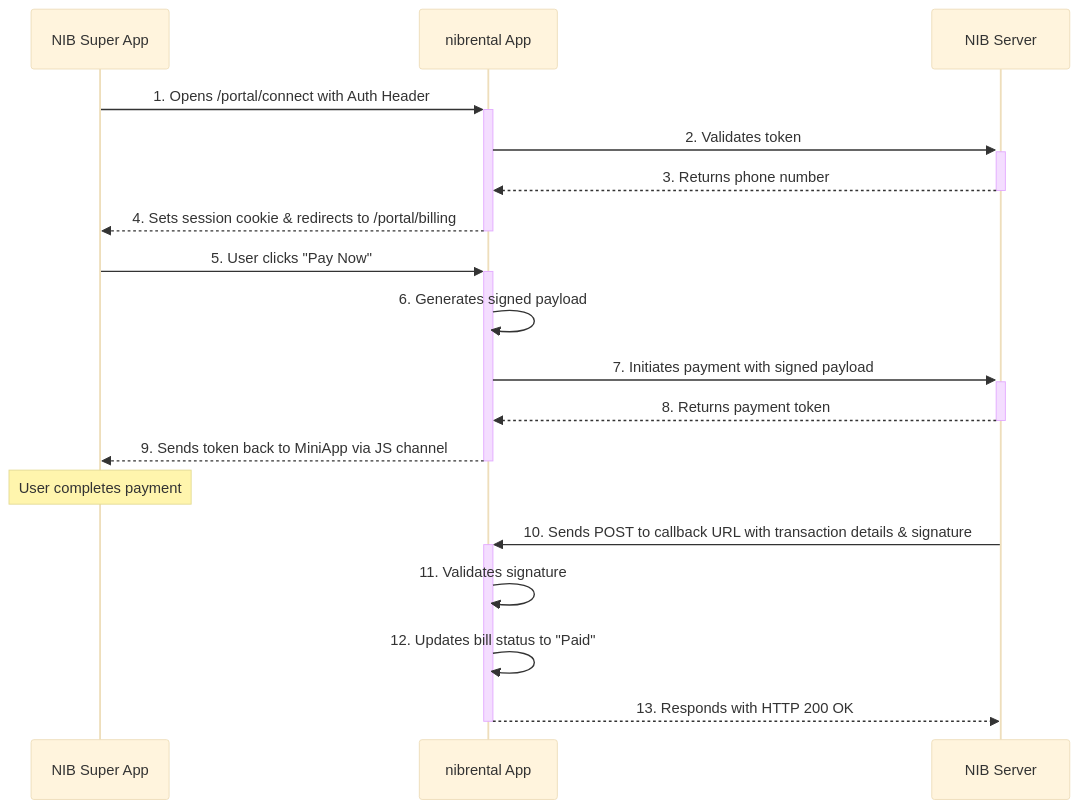
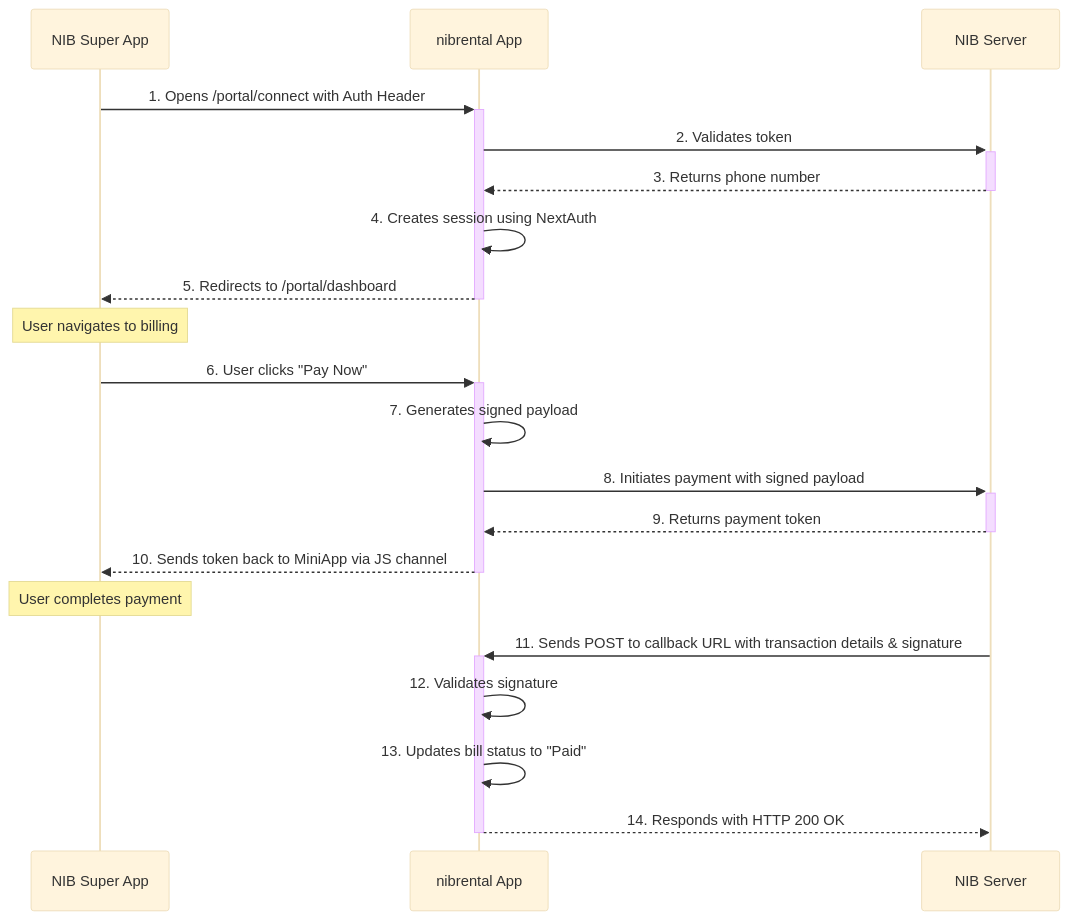
One commit to gech71/leaseFlow changed the diagram in README.md. Above: the diagram before and after it, drawn with Mermaid (base theme). The commit also changed other lines of this file and 20 other files, not shown here.

Commit message:
I see this error with the app, reported by NextJS, please fix it. The er

````diff
--- a/README.md
+++ b/README.md
@@ -151,21 +145,23 @@
 ```mermaid
 sequenceDiagram
     participant MiniApp as NIB Super App
     participant App as nibrental App
     participant NIB as NIB Server
 
     MiniApp->>+App: 1. Opens /portal/connect with Auth Header
     App->>+NIB: 2. Validates token
     NIB-->>-App: 3. Returns phone number
-    App-->>-MiniApp: 4. Sets session cookie & redirects to /portal/billing
-    MiniApp->>+App: 5. User clicks "Pay Now"
-    App->>App: 6. Generates signed payload
-    App->>+NIB: 7. Initiates payment with signed payload
-    NIB-->>-App: 8. Returns payment token
-    App-->>-MiniApp: 9. Sends token back to MiniApp via JS channel
+    App->>App: 4. Creates session using NextAuth
+    App-->>-MiniApp: 5. Redirects to /portal/dashboard
+    Note over MiniApp: User navigates to billing
+    MiniApp->>+App: 6. User clicks "Pay Now"
+    App->>App: 7. Generates signed payload
+    App->>+NIB: 8. Initiates payment with signed payload
+    NIB-->>-App: 9. Returns payment token
+    App-->>-MiniApp: 10. Sends token back to MiniApp via JS channel
     Note over MiniApp: User completes payment
-    NIB->>+App: 10. Sends POST to callback URL with transaction details & signature
-    App->>App: 11. Validates signature
-    App->>App: 12. Updates bill status to "Paid"
-    App-->>-NIB: 13. Responds with HTTP 200 OK
+    NIB->>+App: 11. Sends POST to callback URL with transaction details & signature
+    App->>App: 12. Validates signature
+    App->>App: 13. Updates bill status to "Paid"
+    App-->>-NIB: 14. Responds with HTTP 200 OK
 ```
````
